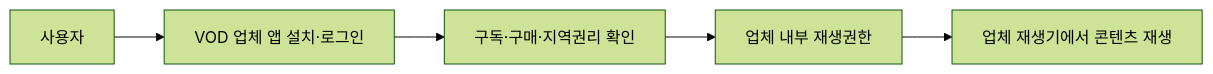
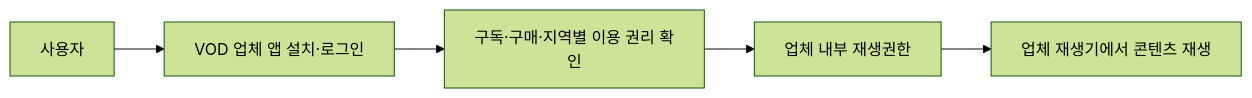
The ninth of 14 diagrams in instant_play_직무발명서_개선본.md (growdai1y/instant-play), drawn with Mermaid (forest theme) before and after one commit. The commit also changed other lines of this file and 10 other files, not shown here.

````diff
--- a/instant_play_직무발명서_개선본.md
+++ b/instant_play_직무발명서_개선본.md
@@ -1406,7 +1413,7 @@
 ```mermaid
 flowchart LR
     A["사용자"] --> B["VOD 업체 앱 설치·로그인"]
-    B --> C["구독·구매·지역권리 확인"]
+    B --> C["구독·구매·지역별 이용 권리 확인"]
     C --> D["업체 내부 재생권한"]
     D --> E["업체 재생기에서 콘텐츠 재생"]
 ```
````
